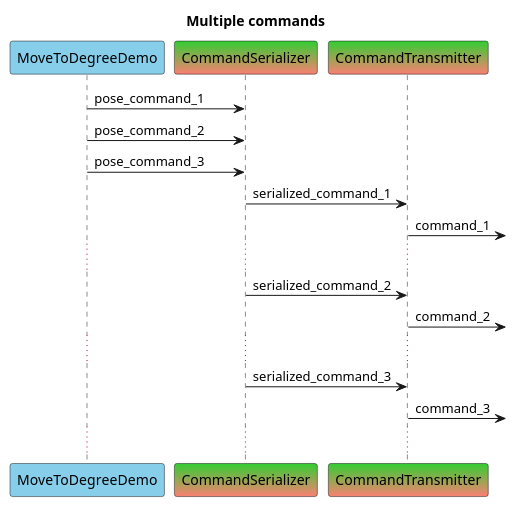
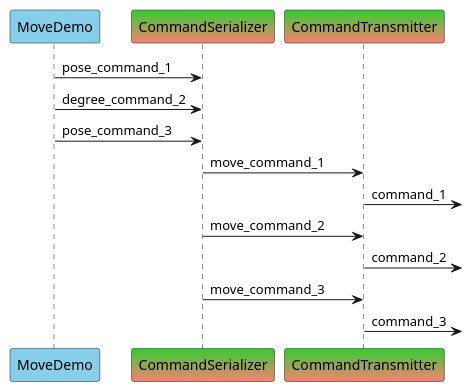
One commit to bscp/al5d_cpp changed the diagram in doc/component_sequence_mutiple_commands.puml. Above: the diagram before and after it, drawn with PlantUML. The commit also changed 9 other files, not shown here.

Commit message:
Update UML diagrams

```diff
--- a/doc/component_sequence_mutiple_commands.puml
+++ b/doc/component_sequence_mutiple_commands.puml
@@ -1,24 +1,19 @@
 @startuml
 
 'No activation/deactivation boxes because components are concurent and are continuously running. Also when no call is made.
 
-title Multiple commands
-
-participant MoveToDegreeDemo #SkyBlue
+participant MoveDemo #SkyBlue
 participant CommandSerializer #LimeGreen-Salmon
 participant CommandTransmitter #LimeGreen-Salmon
 
-MoveToDegreeDemo -> CommandSerializer:pose_command_1
-MoveToDegreeDemo -> CommandSerializer:pose_command_2
-MoveToDegreeDemo -> CommandSerializer:pose_command_3
-CommandSerializer -> CommandTransmitter:serialized_command_1
+MoveDemo -> CommandSerializer:pose_command_1
+MoveDemo -> CommandSerializer:degree_command_2
+MoveDemo -> CommandSerializer:pose_command_3
+CommandSerializer -> CommandTransmitter:move_command_1
 CommandTransmitter ->] :command_1
-...
-CommandSerializer -> CommandTransmitter:serialized_command_2
+CommandSerializer -> CommandTransmitter:move_command_2
 CommandTransmitter ->] :command_2
-...
-CommandSerializer -> CommandTransmitter:serialized_command_3
+CommandSerializer -> CommandTransmitter:move_command_3
 CommandTransmitter ->] :command_3
-...
 
 @enduml
```
